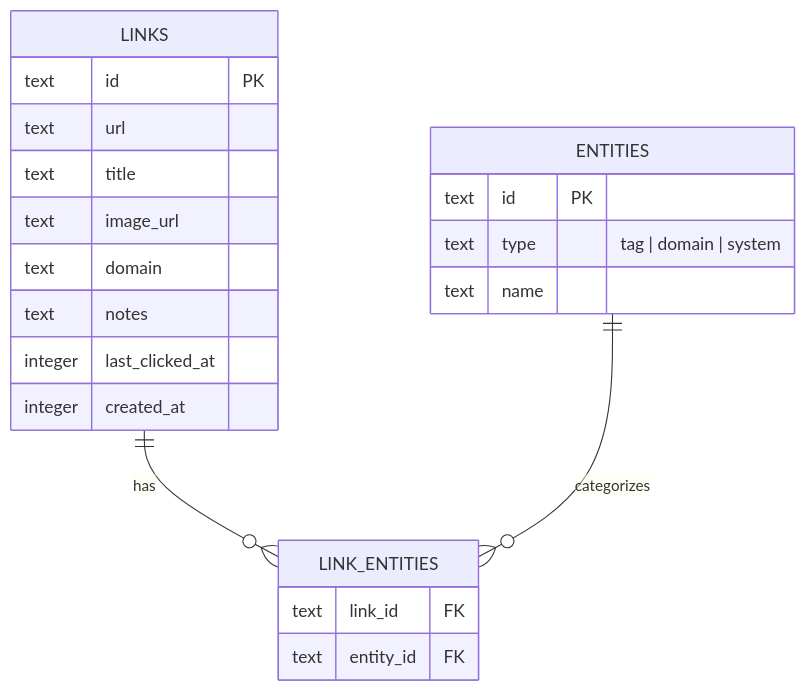
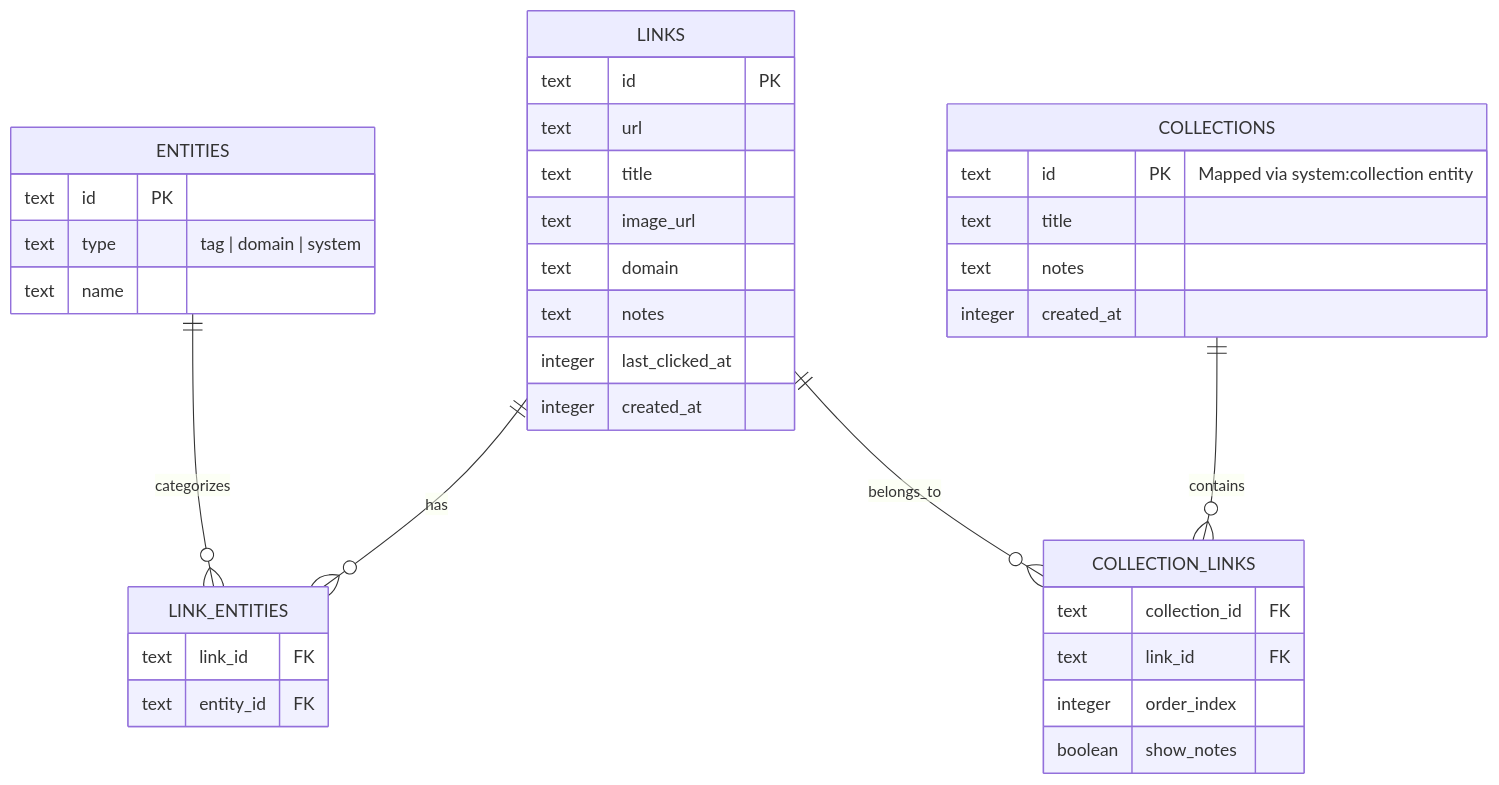
Before and after one commit to napsternxg/ReadLater: the second of 2 diagrams in apps/mobile/system_design.md, drawn with Mermaid. The commit also changed other lines of this file and 10 other files, not shown here.

Commit message:
feat: Introduce LinkCard, modals, and database queries for link and collection management, complemented by extensive tests and system design documentation.

````diff
--- a/apps/mobile/system_design.md
+++ b/apps/mobile/system_design.md
@@ -36,27 +36,43 @@
 ```mermaid
 erDiagram
     LINKS ||--o{ LINK_ENTITIES : has
     ENTITIES ||--o{ LINK_ENTITIES : categorizes
+    COLLECTIONS ||--o{ COLLECTION_LINKS : contains
+    LINKS ||--o{ COLLECTION_LINKS : belongs_to
     
     LINKS {
         text id PK
         text url
         text title
         text image_url
         text domain
         text notes
         integer last_clicked_at
         integer created_at
     }
 
     ENTITIES {
         text id PK
         text type "tag | domain | system"
         text name
     }
 
     LINK_ENTITIES {
         text link_id FK
         text entity_id FK
     }
+
+    COLLECTIONS {
+        text id PK "Mapped via system:collection entity"
+        text title
+        text notes
+        integer created_at
+    }
+
+    COLLECTION_LINKS {
+        text collection_id FK
+        text link_id FK
+        integer order_index
+        boolean show_notes
+    }
 ```
````
